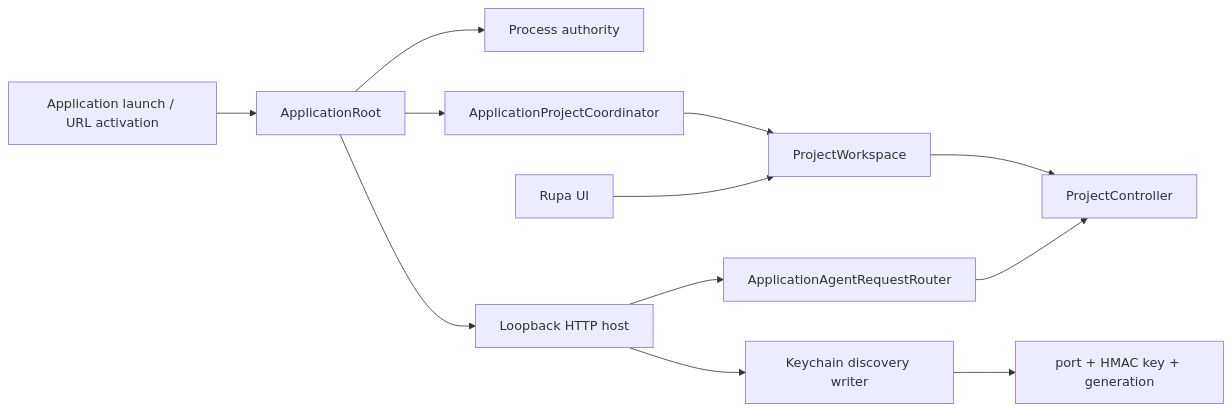
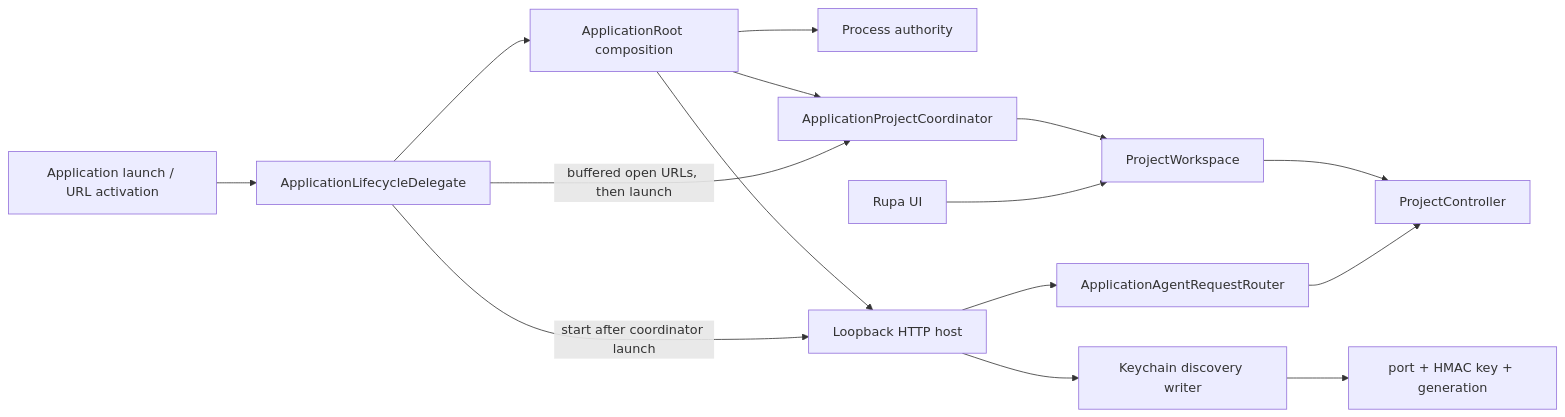
Before and after one commit to 1amageek/Rupa: the first of 2 diagrams in Rupa/Rupa/Rupa/DESIGN.md, drawn with Mermaid. The commit also changed other lines of this file and 72 other files, not shown here.

````diff
--- a/Rupa/Rupa/Rupa/DESIGN.md
+++ b/Rupa/Rupa/Rupa/DESIGN.md
@@ -31,14 +32,17 @@
 ```mermaid
 flowchart LR
-    Launch["Application launch / URL activation"] --> Root["ApplicationRoot"]
+    Launch["Application launch / URL activation"] --> Lifecycle["ApplicationLifecycleDelegate"]
+    Lifecycle --> Root["ApplicationRoot composition"]
     Root --> Authority["Process authority"]
     Root --> Host["Loopback HTTP host"]
     Root --> Coordinator["ApplicationProjectCoordinator"]
+    Lifecycle -->|buffered open URLs, then launch| Coordinator
+    Lifecycle -->|start after coordinator launch| Host
     Coordinator --> Workspace["ProjectWorkspace"]
     Workspace --> Controller["ProjectController"]
     Host --> Router["ApplicationAgentRequestRouter"]
     Router --> Controller
     Host --> Writer["Keychain discovery writer"]
     Writer --> Discovery["port + HMAC key + generation"]
     UI["Rupa UI"] --> Workspace
 ```
````
